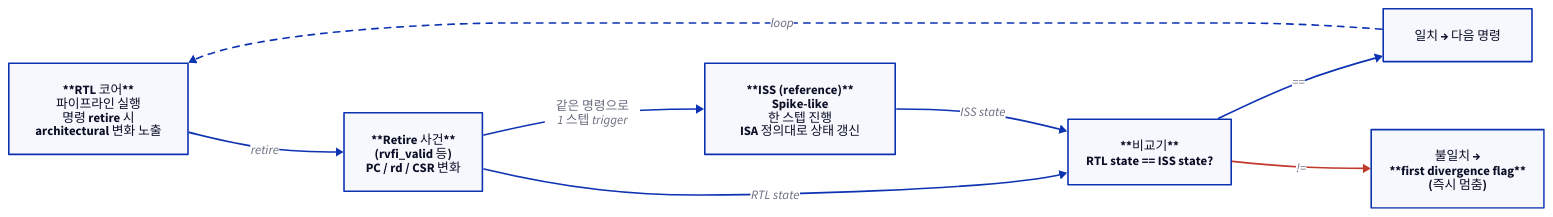
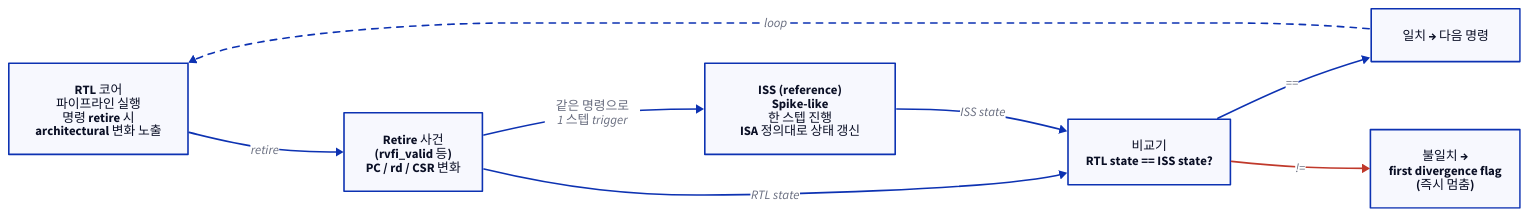
Before and after one commit to humbleowl39/DV_SKOOL: the first of 4 diagrams in starlight_site/src/content/docs/cpu_dv/02_step_and_compare.md, drawn with D2. The commit also changed other lines of this file and 714 other files, not shown here.

First line of the commit message:
fix(site): d2 다이어그램 가독성 결함 6종 일괄 수정

````diff
--- a/starlight_site/src/content/docs/cpu_dv/02_step_and_compare.md
+++ b/starlight_site/src/content/docs/cpu_dv/02_step_and_compare.md
@@ -54,18 +54,18 @@
 ```d2
 direction: right
 
-RTL: "**RTL 코어**\n파이프라인 실행\n명령 retire 시\narchitectural 변화 노출"
-HOOK: "**Retire 사건**\n(rvfi_valid 등)\nPC / rd / CSR 변화"
-ISS: "**ISS (reference)**\nSpike-like\n한 스텝 진행\nISA 정의대로 상태 갱신"
-CMP: "**비교기**\nRTL state == ISS state?"
+RTL: "RTL 코어\n파이프라인 실행\n명령 retire 시\narchitectural 변화 노출"
+HOOK: "Retire 사건\n(rvfi_valid 등)\nPC / rd / CSR 변화"
+ISS: "ISS (reference)\nSpike-like\n한 스텝 진행\nISA 정의대로 상태 갱신"
+CMP: "비교기\nRTL state == ISS state?"
 OK: "일치 → 다음 명령"
-DIV: "불일치 →\n**first divergence flag**\n(즉시 멈춤)"
+DIV: "불일치 →\nfirst divergence flag\n(즉시 멈춤)"
 
 RTL -> HOOK: "retire"
 HOOK -> ISS: "같은 명령으로\n1 스텝 trigger"
 HOOK -> CMP: "RTL state"
 ISS -> CMP: "ISS state"
 CMP -> OK: "==" 
 CMP -> DIV: "!=" { style.stroke: "#c0392b" }
 OK -> RTL: "loop" { style.stroke-dash: 4 }
 ```
````
